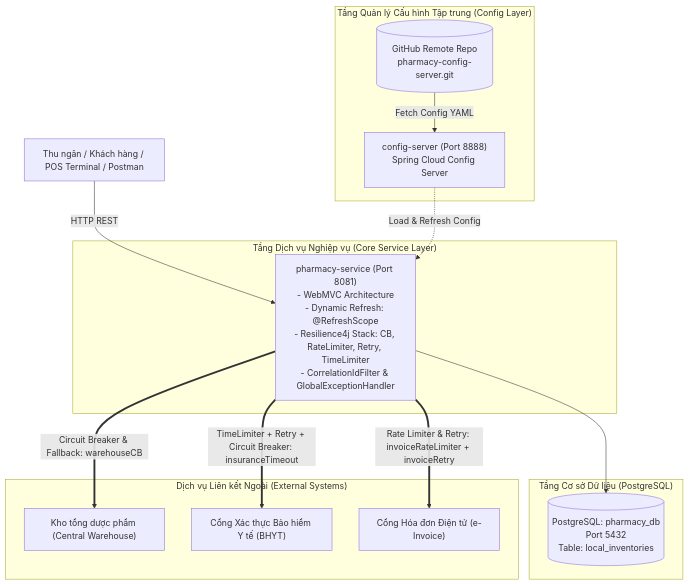
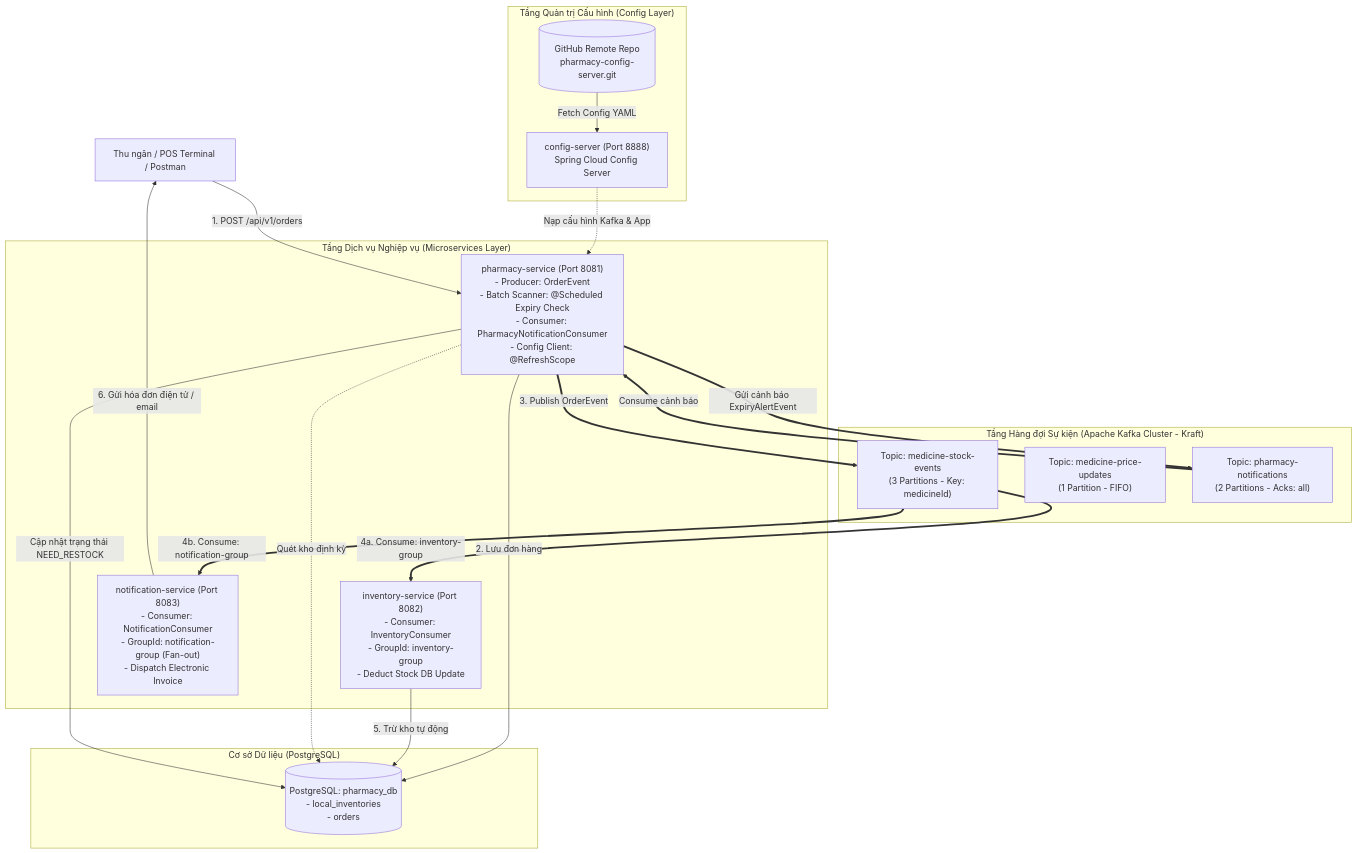
Before and after one commit to phuongtv275/JB-IOC-PTHB260316_Module4_Session09: the diagram in README.md, drawn with Mermaid. The commit also changed other lines of this file and 62 other files, not shown here.

Commit message:
feat: implement pharmacy event-driven microservices with Kafka, inventory update, and real email notification

````diff
--- a/README.md
+++ b/README.md
@@ -9,38 +9,44 @@
 ```mermaid
 flowchart TD
-    Client["Thu ngân / Khách hàng / POS Terminal / Postman"]
+    Client["Thu ngân / POS Terminal / Postman"]
 
-    subgraph ConfigLayer["Tầng Quản lý Cấu hình Tập trung (Config Layer)"]
+    subgraph ConfigLayer["Tầng Quản trị Cấu hình (Config Layer)"]
         GitRepo[("GitHub Remote Repo<br/>pharmacy-config-server.git")]
         ConfigServer["config-server (Port 8888)<br/>Spring Cloud Config Server"]
         GitRepo -->|Fetch Config YAML| ConfigServer
     end
 
-    subgraph CoreService["Tầng Dịch vụ Nghiệp vụ (Core Service Layer)"]
-        PharmacySvc["pharmacy-service (Port 8081)<br/>- WebMVC Architecture<br/>- Dynamic Refresh: @RefreshScope<br/>- Resilience4j Stack: CB, RateLimiter, Retry, TimeLimiter<br/>- CorrelationIdFilter & GlobalExceptionHandler"]
+    subgraph KafkaBroker["Tầng Hàng đợi Sự kiện (Apache Kafka Cluster - Kraft)"]
+        TopicStock["Topic: medicine-stock-events<br/>(3 Partitions - Key: medicineId)"]
+        TopicPrice["Topic: medicine-price-updates<br/>(1 Partition - FIFO)"]
+        TopicNotify["Topic: pharmacy-notifications<br/>(2 Partitions - Acks: all)"]
     end
 
-    subgraph DatabaseLayer["Tầng Cơ sở Dữ liệu (PostgreSQL)"]
-        PharmacyDB[("PostgreSQL: pharmacy_db<br/>Port 5432<br/>Table: local_inventories")]
+    subgraph Microservices["Tầng Dịch vụ Nghiệp vụ (Microservices Layer)"]
+        PharmacySvc["pharmacy-service (Port 8081)<br/>- Producer: OrderEvent<br/>- Batch Scanner: @Scheduled Expiry Check<br/>- Consumer: PharmacyNotificationConsumer<br/>- Config Client: @RefreshScope"]
+        InventorySvc["inventory-service (Port 8082)<br/>- Consumer: InventoryConsumer<br/>- GroupId: inventory-group<br/>- Deduct Stock DB Update"]
+        NotificationSvc["notification-service (Port 8083)<br/>- Consumer: NotificationConsumer<br/>- GroupId: notification-group (Fan-out)<br/>- Dispatch Electronic Invoice"]
     end
 
-    subgraph ExternalPartners["Dịch vụ Liên kết Ngoài (External Systems)"]
-        CentralWarehouse["Kho tổng dược phẩm (Central Warehouse)"]
-        InsuranceGate["Cổng Xác thực Bảo hiểm Y tế (BHYT)"]
-        TaxInvoiceGate["Cổng Hóa đơn Điện tử (e-Invoice)"]
+    subgraph DatabaseLayer["Cơ sở Dữ liệu (PostgreSQL)"]
+        PostgresDB[("PostgreSQL: pharmacy_db<br/>- local_inventories<br/>- orders")]
     end
 
-    %% Client requests
-    Client -->|HTTP REST| PharmacySvc
+    %% Giao tiếp
+    ConfigServer -.->|Nạp cấu hình Kafka & App| PharmacySvc
+    Client -->|1. POST /api/v1/orders| PharmacySvc
+    PharmacySvc -->|2. Lưu đơn hàng| PostgresDB
+    PharmacySvc ==>|3. Publish OrderEvent| TopicStock
 
-    %% Config server binding
-    ConfigServer -.->|Load & Refresh Config| PharmacySvc
+    %% Fan-out tiêu thụ sự kiện
+    TopicStock ==>|4a. Consume: inventory-group| InventorySvc
+    TopicStock ==>|4b. Consume: notification-group| NotificationSvc
+    InventorySvc -->|5. Trừ kho tự động| PostgresDB
+    NotificationSvc -->|6. Gửi hóa đơn điện tử / email| Client
 
-    %% Service to DB
-    PharmacySvc --> PharmacyDB
-
-    %% Resilience Protected Communications
-    PharmacySvc ==>|Circuit Breaker & Fallback: warehouseCB| CentralWarehouse
-    PharmacySvc ==>|Rate Limiter & Retry: invoiceRateLimiter + invoiceRetry| TaxInvoiceGate
-    PharmacySvc ==>|TimeLimiter + Retry + Circuit Breaker: insuranceTimeout| InsuranceGate
+    %% Luồng cảnh báo hết hạn (Bài 6)
+    PharmacySvc -.->|Quét kho định kỳ| PostgresDB
+    PharmacySvc ==>|Gửi cảnh báo ExpiryAlertEvent| TopicNotify
+    TopicNotify ==>|Consume cảnh báo| PharmacySvc
+    PharmacySvc -->|Cập nhật trạng thái NEED_RESTOCK| PostgresDB
 ```
````
